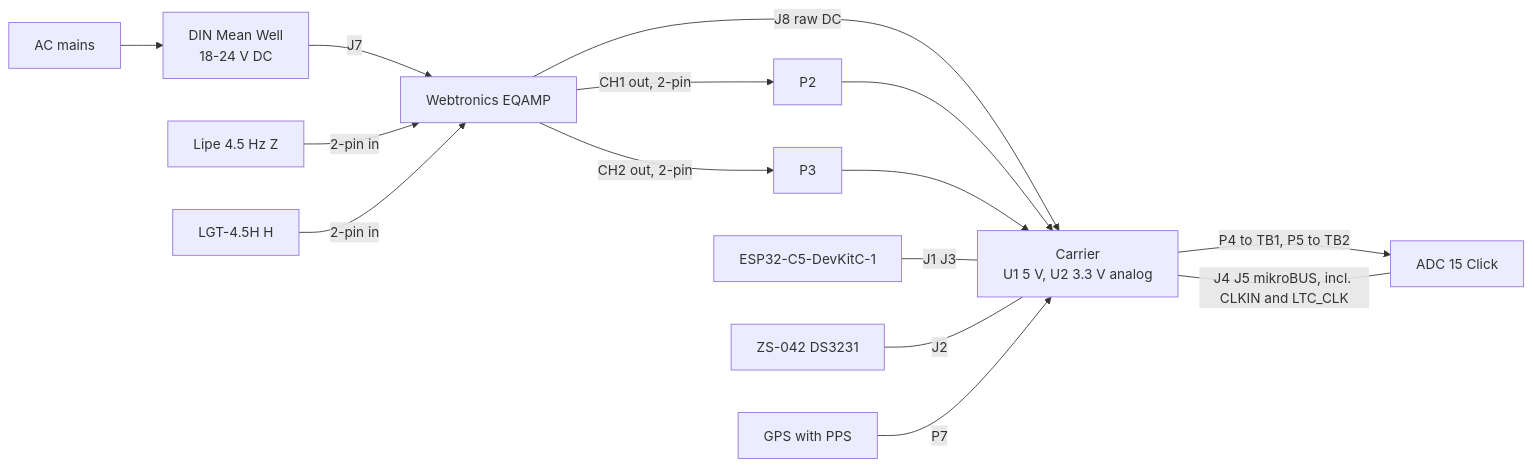
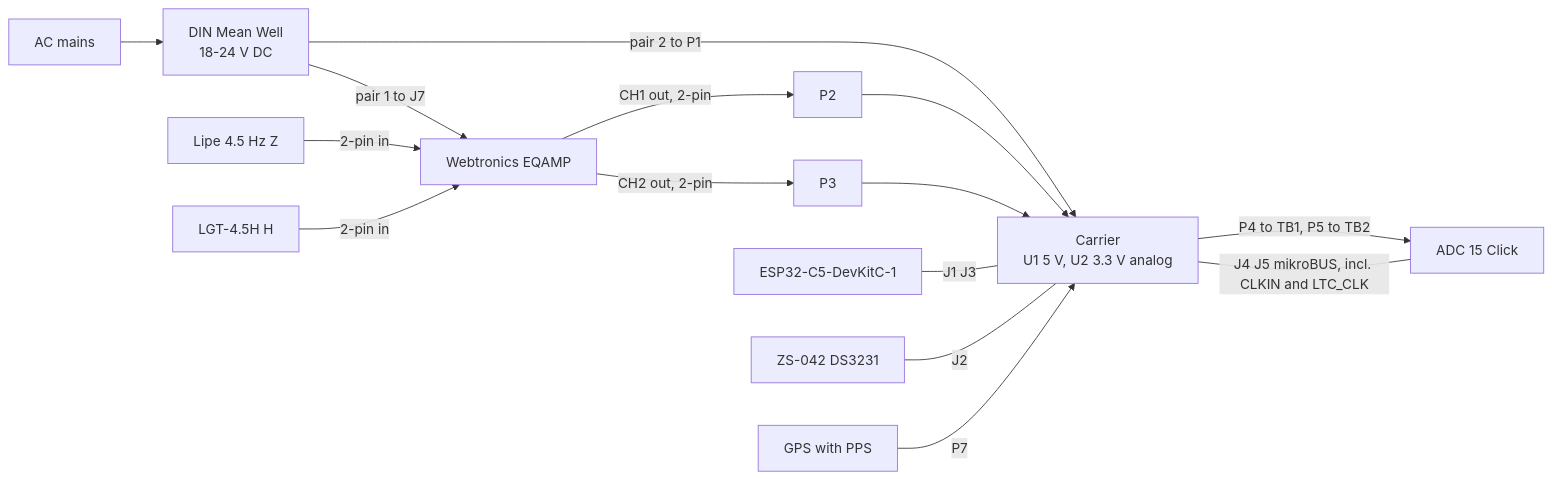
The diagram in hardware/carrier/README.md (vpatoka/esp32seismo), drawn with Mermaid before and after one commit. The commit also changed other lines of this file and 5 other files, not shown here.

Commit message:
Carrier: feed P1 from the Mean Well's second output pair, not EQAMP J8

````diff
--- a/hardware/carrier/README.md
+++ b/hardware/carrier/README.md
@@ -39,17 +39,17 @@
 ```mermaid
 flowchart LR
     AC[AC mains] --> PSU[DIN Mean Well<br/>18-24 V DC]
-    PSU -->|J7| EQ[Webtronics EQAMP]
-    EQ -->|J8 raw DC| CB[Carrier<br/>U1 5 V, U2 3.3 V analog]
+    PSU -->|pair 1 to J7| EQ[Webtronics EQAMP]
+    PSU -->|pair 2 to P1| CB[Carrier<br/>U1 5 V, U2 3.3 V analog]
     GZ[Lipe 4.5 Hz Z] -->|2-pin in| EQ
     GH[LGT-4.5H H] -->|2-pin in| EQ
     EQ -->|CH1 out, 2-pin| P2[P2]
     EQ -->|CH2 out, 2-pin| P3[P3]
     P2 --> CB
     P3 --> CB
     CB -->|P4 to TB1, P5 to TB2| CLICK[ADC 15 Click]
     CLICK ---|J4 J5 mikroBUS, incl. CLKIN and LTC_CLK| CB
     DK[ESP32-C5-DevKitC-1] ---|J1 J3| CB
     RTC[ZS-042 DS3231] ---|J2| CB
     GPS[GPS with PPS] -->|P7| CB
 ```
````
